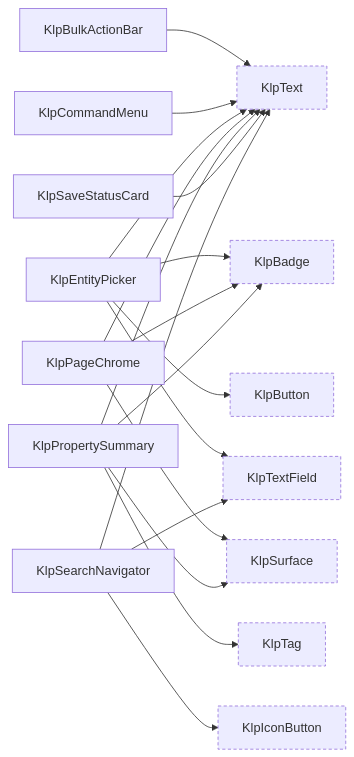
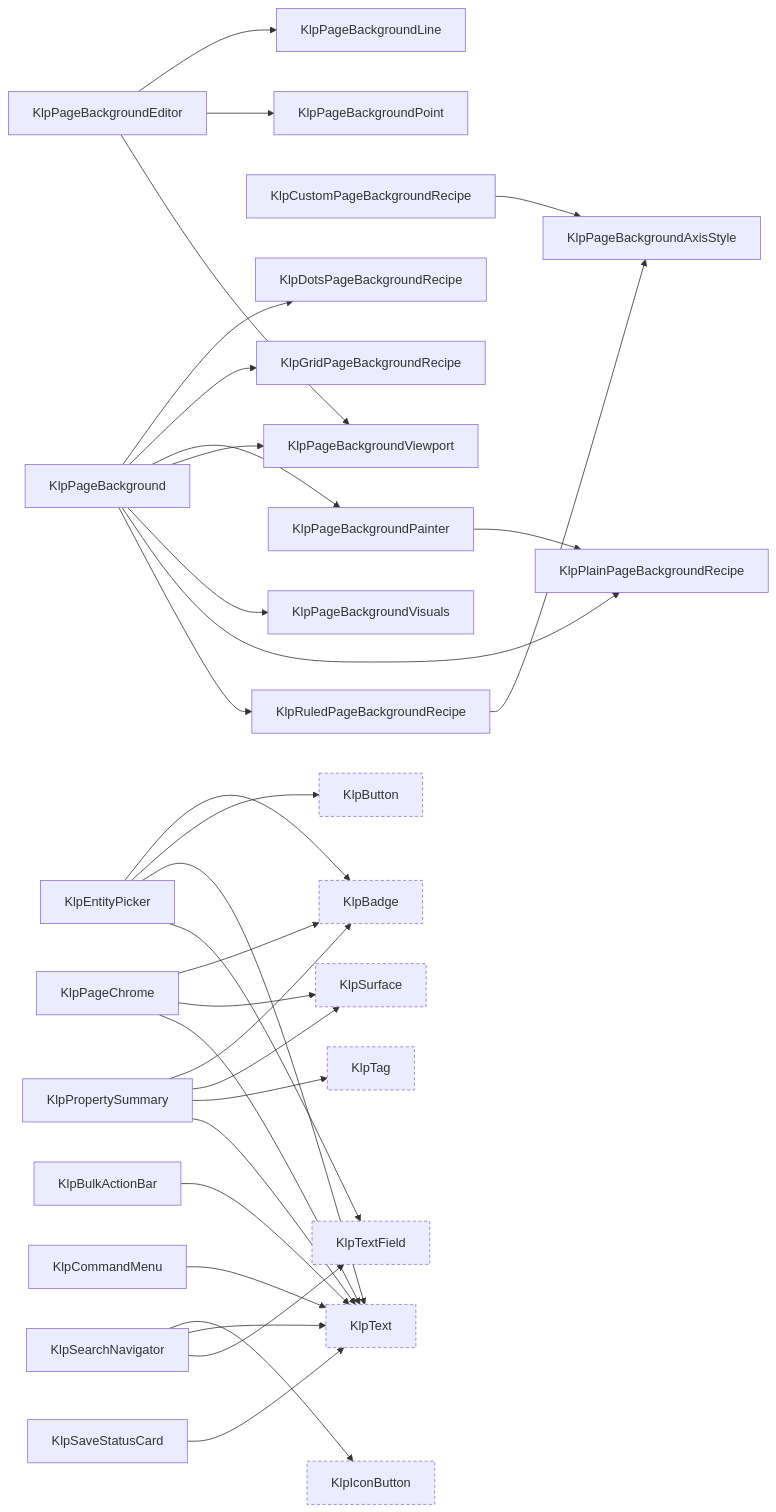
One commit to MiuDog/Kallopis changed diagram 13 of 16 in spec/component-inventory.md. Above: the diagram before and after it, drawn with Mermaid. The commit also changed other lines of this file and 112 other files, not shown here.

````diff
--- a/spec/component-inventory.md
+++ b/spec/component-inventory.md
@@ -911,35 +921,61 @@
 ```mermaid
 graph LR
   KlpBadge["KlpBadge"]:::external
   KlpBulkActionBar["KlpBulkActionBar"]
   KlpButton["KlpButton"]:::external
   KlpCommandMenu["KlpCommandMenu"]
+  KlpCustomPageBackgroundRecipe["KlpCustomPageBackgroundRecipe"]
+  KlpDotsPageBackgroundRecipe["KlpDotsPageBackgroundRecipe"]
   KlpEntityPicker["KlpEntityPicker"]
+  KlpGridPageBackgroundRecipe["KlpGridPageBackgroundRecipe"]
   KlpIconButton["KlpIconButton"]:::external
+  KlpPageBackground["KlpPageBackground"]
+  KlpPageBackgroundAxisStyle["KlpPageBackgroundAxisStyle"]
+  KlpPageBackgroundEditor["KlpPageBackgroundEditor"]
+  KlpPageBackgroundLine["KlpPageBackgroundLine"]
+  KlpPageBackgroundPainter["KlpPageBackgroundPainter"]
+  KlpPageBackgroundPoint["KlpPageBackgroundPoint"]
+  KlpPageBackgroundViewport["KlpPageBackgroundViewport"]
+  KlpPageBackgroundVisuals["KlpPageBackgroundVisuals"]
   KlpPageChrome["KlpPageChrome"]
+  KlpPlainPageBackgroundRecipe["KlpPlainPageBackgroundRecipe"]
   KlpPropertySummary["KlpPropertySummary"]
+  KlpRuledPageBackgroundRecipe["KlpRuledPageBackgroundRecipe"]
   KlpSaveStatusCard["KlpSaveStatusCard"]
   KlpSearchNavigator["KlpSearchNavigator"]
   KlpSurface["KlpSurface"]:::external
   KlpTag["KlpTag"]:::external
   KlpText["KlpText"]:::external
   KlpTextField["KlpTextField"]:::external
   KlpBulkActionBar --> KlpText
   KlpCommandMenu --> KlpText
+  KlpCustomPageBackgroundRecipe --> KlpPageBackgroundAxisStyle
   KlpEntityPicker --> KlpBadge
   KlpEntityPicker --> KlpButton
   KlpEntityPicker --> KlpText
   KlpEntityPicker --> KlpTextField
+  KlpPageBackgroundEditor --> KlpPageBackgroundLine
+  KlpPageBackgroundEditor --> KlpPageBackgroundPoint
+  KlpPageBackgroundEditor --> KlpPageBackgroundViewport
+  KlpPageBackgroundPainter --> KlpPlainPageBackgroundRecipe
+  KlpPageBackground --> KlpDotsPageBackgroundRecipe
+  KlpPageBackground --> KlpGridPageBackgroundRecipe
+  KlpPageBackground --> KlpPageBackgroundPainter
+  KlpPageBackground --> KlpPageBackgroundViewport
+  KlpPageBackground --> KlpPageBackgroundVisuals
+  KlpPageBackground --> KlpPlainPageBackgroundRecipe
+  KlpPageBackground --> KlpRuledPageBackgroundRecipe
   KlpPageChrome --> KlpBadge
   KlpPageChrome --> KlpSurface
   KlpPageChrome --> KlpText
   KlpPropertySummary --> KlpBadge
   KlpPropertySummary --> KlpSurface
   KlpPropertySummary --> KlpTag
   KlpPropertySummary --> KlpText
+  KlpRuledPageBackgroundRecipe --> KlpPageBackgroundAxisStyle
   KlpSaveStatusCard --> KlpText
   KlpSearchNavigator --> KlpIconButton
   KlpSearchNavigator --> KlpText
   KlpSearchNavigator --> KlpTextField
   classDef external stroke-dasharray: 4 3;
 ```
````
